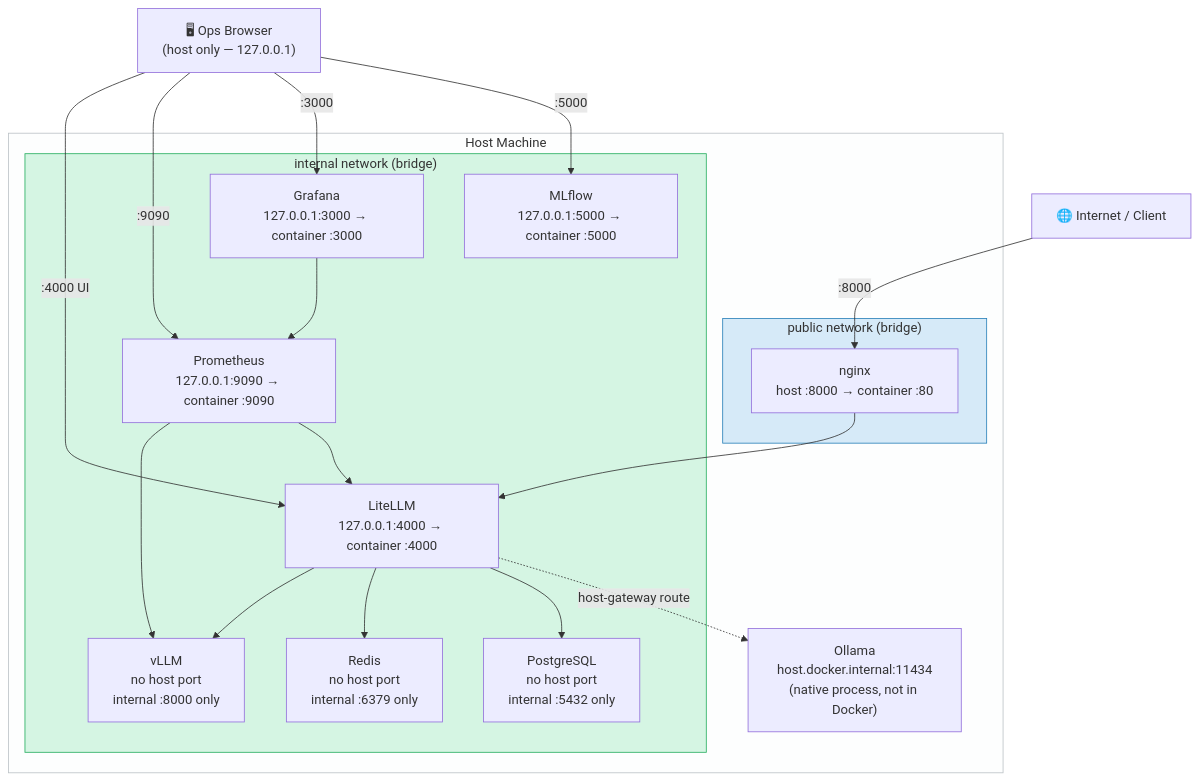
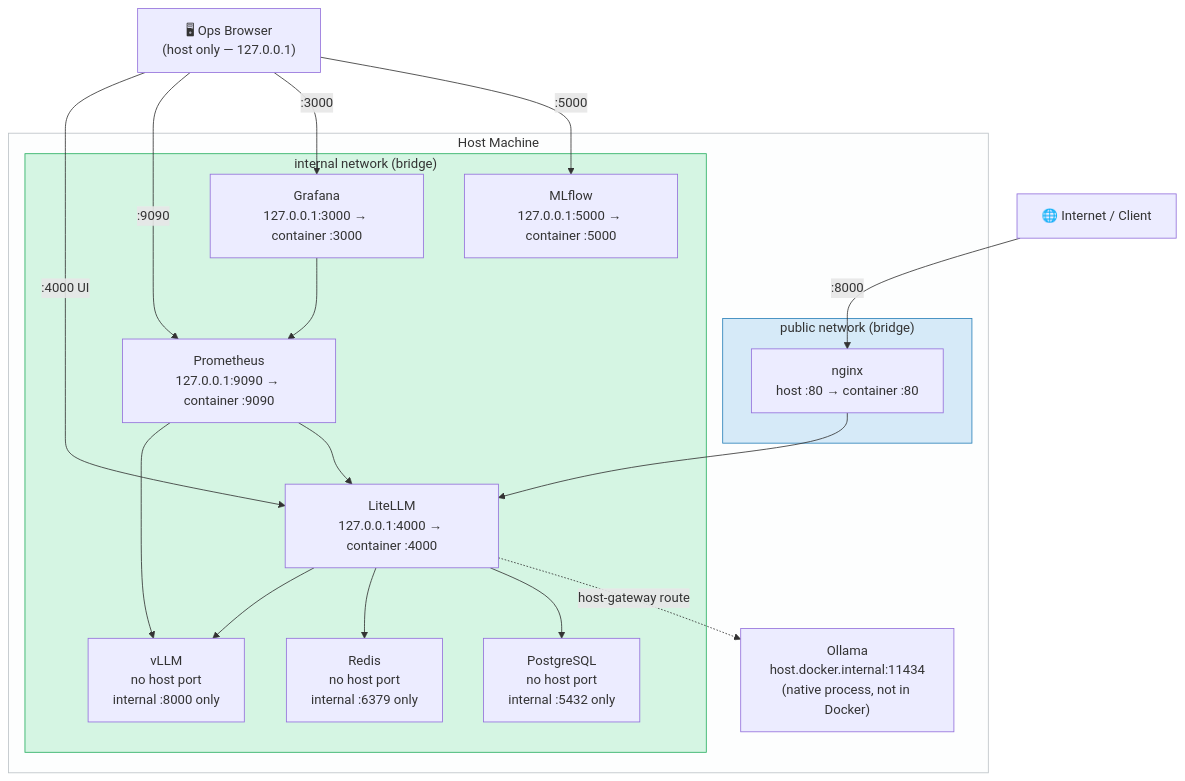
One commit to ayushsoni1010/vllmops changed the diagram in docs/diagrams/network-topology.md. Above: the diagram before and after it, drawn with Mermaid. The commit also changed other lines of this file and 6 other files, not shown here.

````diff
--- a/docs/diagrams/network-topology.md
+++ b/docs/diagrams/network-topology.md
@@ -5,44 +5,44 @@
 ```mermaid
 graph TB
     subgraph host["Host Machine"]
         subgraph pub["public network (bridge)"]
-            nginx["nginx\nhost :8000 → container :80"]
+            nginx["nginx\nhost :80 → container :80"]
         end
 
         subgraph int["internal network (bridge)"]
             litellm["LiteLLM\n127.0.0.1:4000 → container :4000"]
             vllm["vLLM\nno host port\ninternal :8000 only"]
             redis["Redis\nno host port\ninternal :6379 only"]
             postgres["PostgreSQL\nno host port\ninternal :5432 only"]
             prometheus["Prometheus\n127.0.0.1:9090 → container :9090"]
             grafana["Grafana\n127.0.0.1:3000 → container :3000"]
             mlflow["MLflow\n127.0.0.1:5000 → container :5000"]
         end
 
         ollama["Ollama\nhost.docker.internal:11434\n(native process, not in Docker)"]
     end
 
     internet["🌐 Internet / Client"]
     browser["🖥 Ops Browser\n(host only — 127.0.0.1)"]
 
     internet -->|":8000"| nginx
     nginx --> litellm
 
     litellm --> vllm
     litellm --> redis
     litellm --> postgres
     litellm -.->|"host-gateway route"| ollama
 
     prometheus --> vllm
     prometheus --> litellm
     grafana --> prometheus
 
     browser -->|":4000 UI"| litellm
     browser -->|":9090"| prometheus
     browser -->|":3000"| grafana
     browser -->|":5000"| mlflow
 
     style pub fill:#d6eaf8,stroke:#2980b9
     style int fill:#d5f5e3,stroke:#27ae60
     style host fill:#fdfefe,stroke:#bdc3c7
 ```
````
